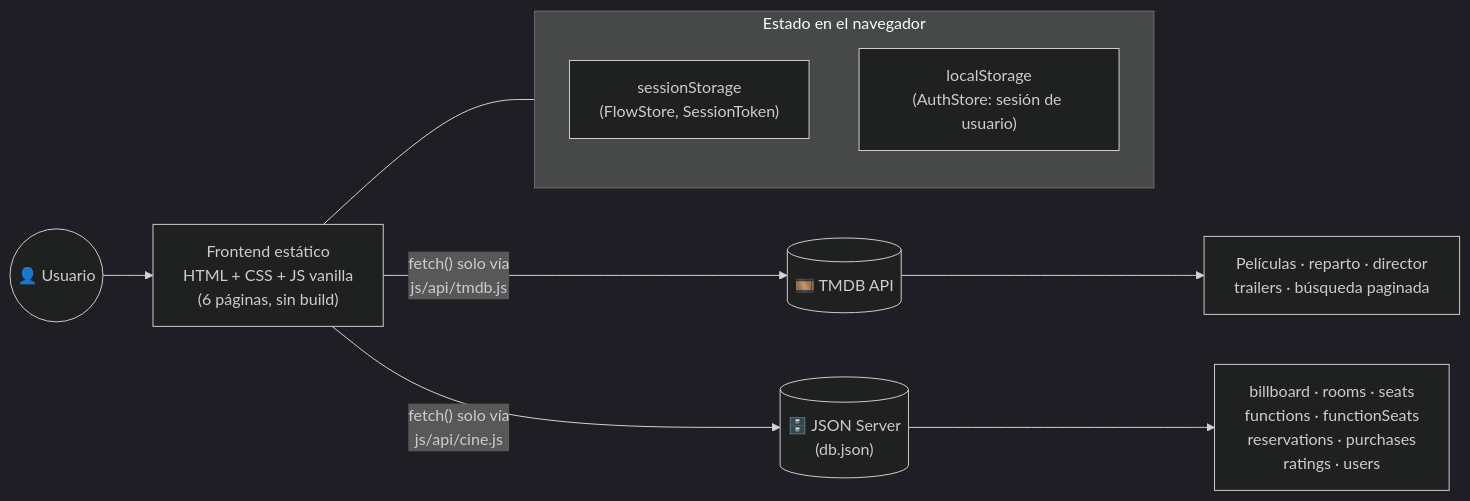
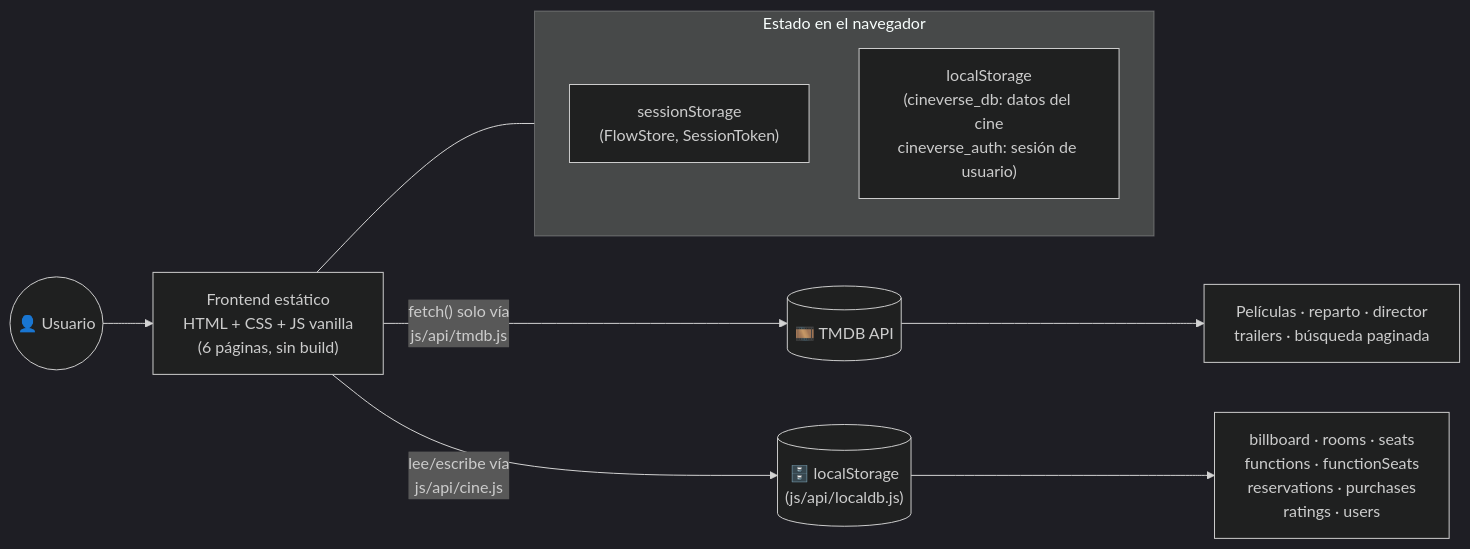
Before and after one commit to santiagosanabria-1/proyecto-javascrip-santiago: the first of 5 diagrams in README.md, drawn with Mermaid (dark theme). The commit also changed other lines of this file and 21 other files, not shown here.

First line of the commit message:
♻️ refactor(datos): reemplazar JSON Server por localStorage

````diff
--- a/README.md
+++ b/README.md
@@ -136,16 +136,16 @@
 ```mermaid
 flowchart LR
     U(("👤 Usuario")) --> FE["Frontend estático<br/>HTML + CSS + JS vanilla<br/>(6 páginas, sin build)"]
 
     FE -->|"fetch() solo vía<br/>js/api/tmdb.js"| TMDB[("🎞️ TMDB API")]
-    FE -->|"fetch() solo vía<br/>js/api/cine.js"| JSON[("🗄️ JSON Server<br/>(db.json)")]
+    FE -->|"lee/escribe vía<br/>js/api/cine.js"| LDB[("🗄️ localStorage<br/>(js/api/localdb.js)")]
 
     TMDB --> M["Películas · reparto · director<br/>trailers · búsqueda paginada"]
-    JSON --> D["billboard · rooms · seats<br/>functions · functionSeats<br/>reservations · purchases<br/>ratings · users"]
+    LDB --> D["billboard · rooms · seats<br/>functions · functionSeats<br/>reservations · purchases<br/>ratings · users"]
 
     subgraph Cliente["Estado en el navegador"]
         SS["sessionStorage<br/>(FlowStore, SessionToken)"]
-        LS["localStorage<br/>(AuthStore: sesión de usuario)"]
+        LS["localStorage<br/>(cineverse_db: datos del cine<br/>cineverse_auth: sesión de usuario)"]
     end
     FE --- Cliente
 ```
````
